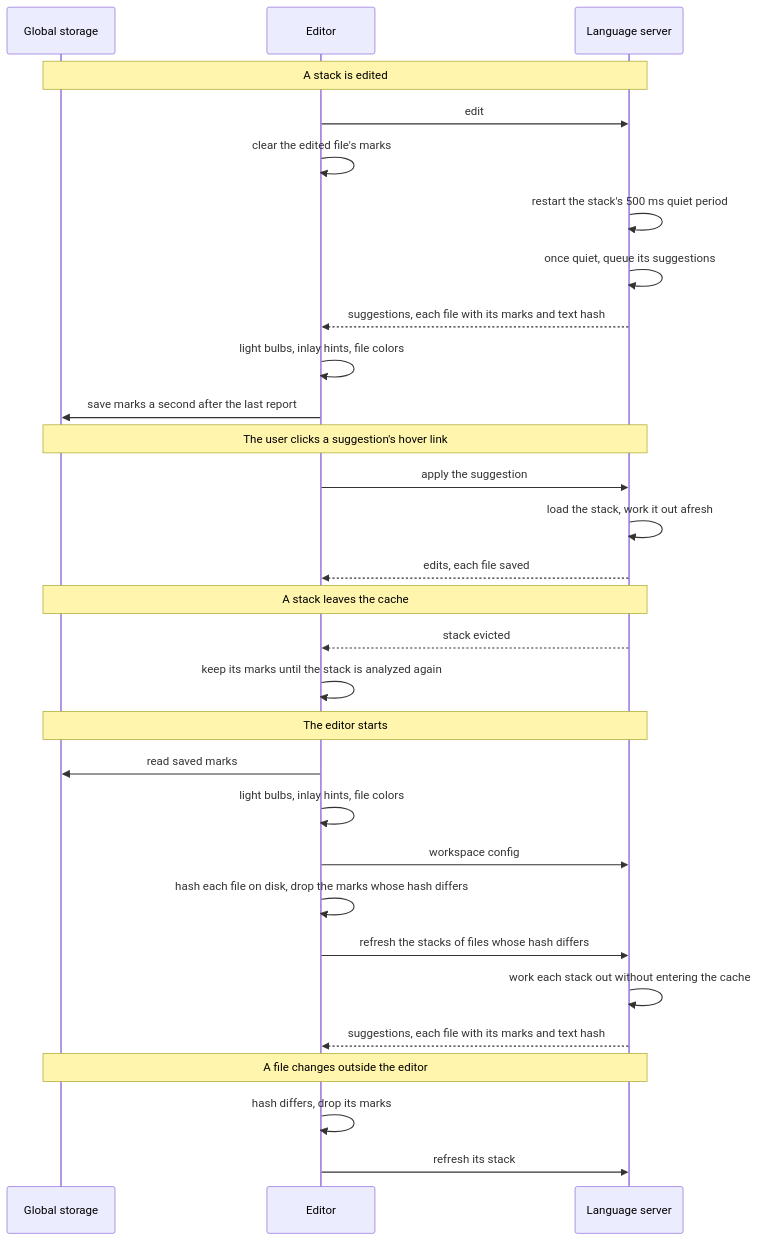
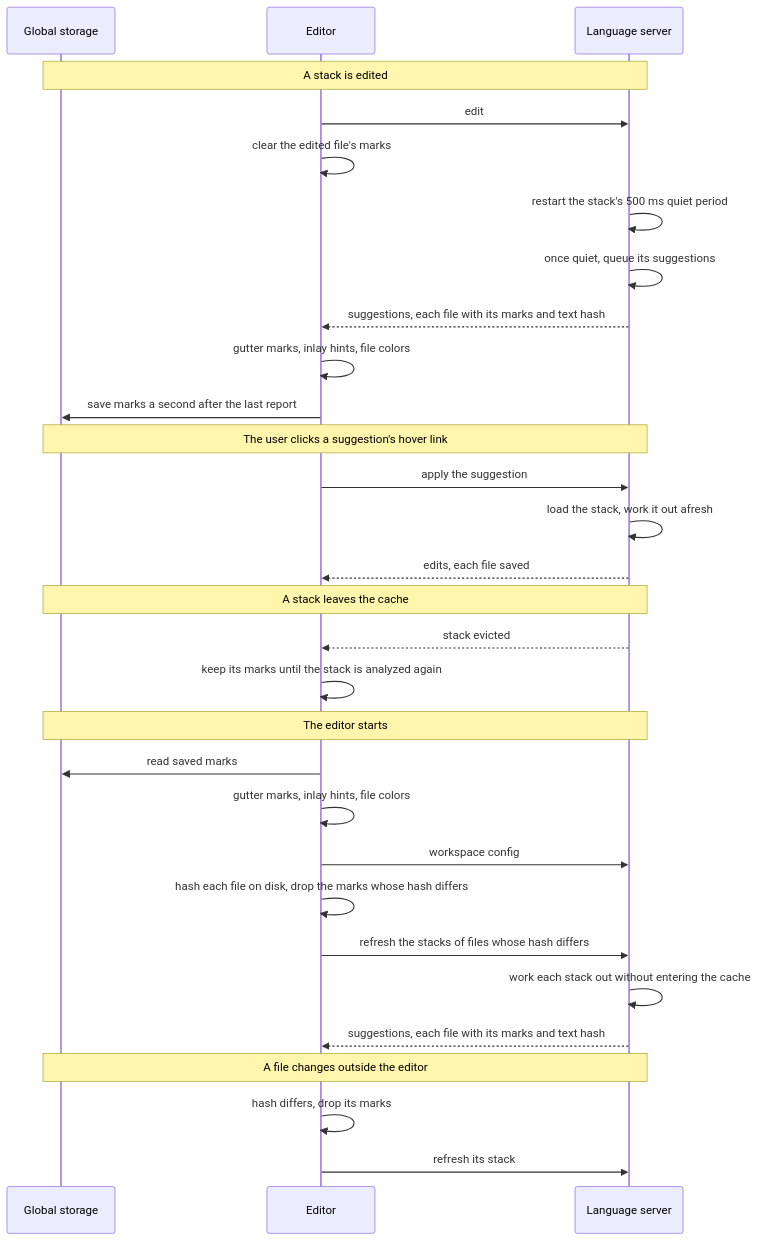
The fourth of 4 diagrams in docs/design.md (litebitus/vscode-yaml-dsl-editor), drawn with Mermaid before and after one commit. The commit also changed other lines of this file and 37 other files, not shown here.

Commit message:
feat(themes): add dark and light themes that follow the editor, with a title bar toggle switching the editor and the extension together, and theme-neutral suggestion marks

````diff
--- a/docs/design.md
+++ b/docs/design.md
@@ -809,32 +816,32 @@
 ```mermaid
 sequenceDiagram
   participant Storage as Global storage
   participant Editor
   participant Server as Language server
   Note over Storage,Server: A stack is edited
   Editor->>Server: edit
   Editor->>Editor: clear the edited file's marks
   Server->>Server: restart the stack's 500 ms quiet period
   Server->>Server: once quiet, queue its suggestions
   Server-->>Editor: suggestions, each file with its marks and text hash
-  Editor->>Editor: light bulbs, inlay hints, file colors
+  Editor->>Editor: gutter marks, inlay hints, file colors
   Editor->>Storage: save marks a second after the last report
   Note over Storage,Server: The user clicks a suggestion's hover link
   Editor->>Server: apply the suggestion
   Server->>Server: load the stack, work it out afresh
   Server-->>Editor: edits, each file saved
   Note over Storage,Server: A stack leaves the cache
   Server-->>Editor: stack evicted
   Editor->>Editor: keep its marks until the stack is analyzed again
   Note over Storage,Server: The editor starts
   Editor->>Storage: read saved marks
-  Editor->>Editor: light bulbs, inlay hints, file colors
+  Editor->>Editor: gutter marks, inlay hints, file colors
   Editor->>Server: workspace config
   Editor->>Editor: hash each file on disk, drop the marks whose hash differs
   Editor->>Server: refresh the stacks of files whose hash differs
   Server->>Server: work each stack out without entering the cache
   Server-->>Editor: suggestions, each file with its marks and text hash
   Note over Storage,Server: A file changes outside the editor
   Editor->>Editor: hash differs, drop its marks
   Editor->>Server: refresh its stack
 ```
````
